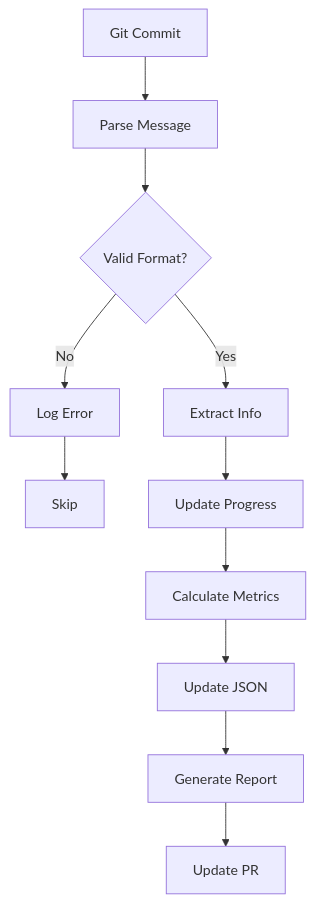
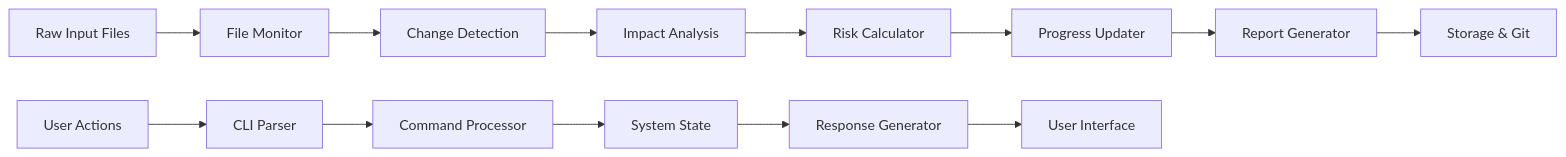
The second of 4 diagrams in README.md (Shakour-Data/AutoProjectManagement), drawn with Mermaid before and after one commit. The commit also changed other lines of this file, not shown here.

````diff
--- a/README.md
+++ b/README.md
@@ -99,13 +80,16 @@
 ```mermaid
-flowchart TD
-    GitCommit[Git Commit] --> ParseMsg[Parse Message]
-    ParseMsg --> ValidFormat{Valid Format?}
-    ValidFormat -->|Yes| ExtractInfo[Extract Info]
-    ValidFormat -->|No| LogError[Log Error]
-    LogError --> Skip[Skip]
-    ExtractInfo --> UpdateProgress[Update Progress]
-    UpdateProgress --> CalcMetrics[Calculate Metrics]
-    CalcMetrics --> UpdateJSON[Update JSON]
-    UpdateJSON --> GenReport[Generate Report]
-    GenReport --> UpdatePR[Update PR]
+graph LR
+    A[Raw Input Files] --> B[File Monitor]
+    B --> C[Change Detection]
+    C --> D[Impact Analysis]
+    D --> E[Risk Calculator]
+    E --> F[Progress Updater]
+    F --> G[Report Generator]
+    G --> H[Storage & Git]
+    
+    I[User Actions] --> J[CLI Parser]
+    J --> K[Command Processor]
+    K --> L[System State]
+    L --> M[Response Generator]
+    M --> N[User Interface]
 ```
````
